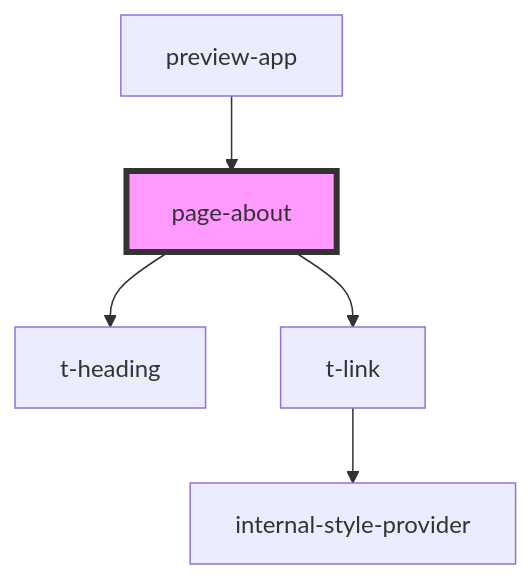
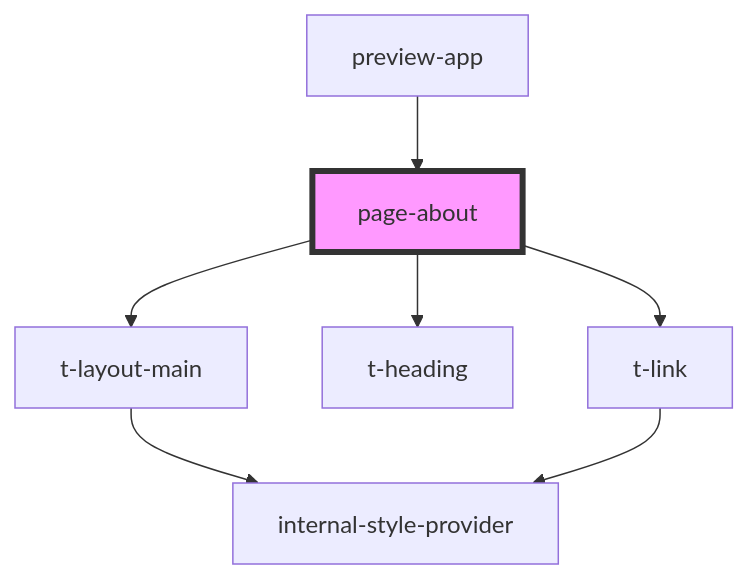
One commit to TomasEng/web-components changed the diagram in packages/stencil/src/preview-app/page-about/readme.md. Above: the diagram before and after it, drawn with Mermaid. The commit also changed other lines of this file and 19 other files, not shown here.

````diff
--- a/packages/stencil/src/preview-app/page-about/readme.md
+++ b/packages/stencil/src/preview-app/page-about/readme.md
@@ -20,8 +21,10 @@
 ```mermaid
 graph TD;
+  page-about --> t-layout-main
   page-about --> t-heading
   page-about --> t-link
+  t-layout-main --> internal-style-provider
   t-link --> internal-style-provider
   preview-app --> page-about
   style page-about fill:#f9f,stroke:#333,stroke-width:4px
 ```
````
